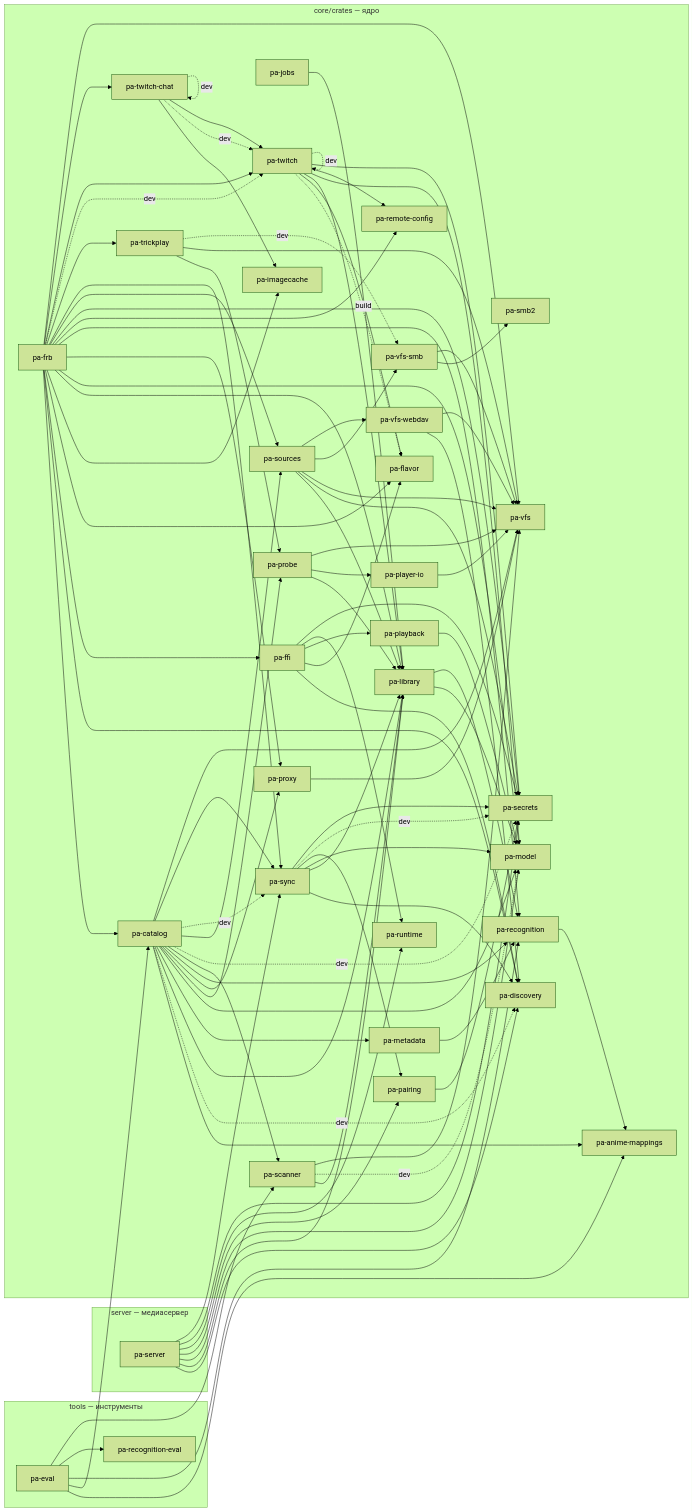
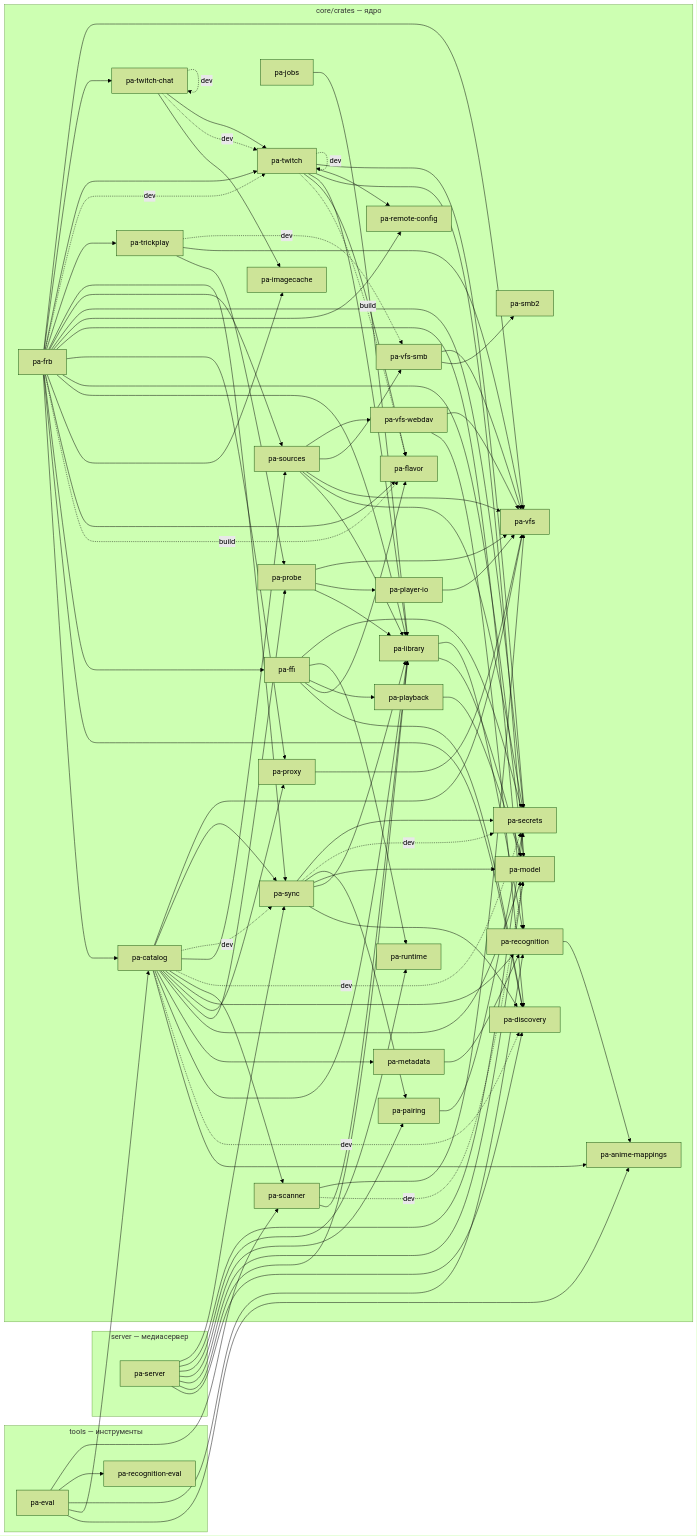
One commit to DenisHumen/kinolune changed the diagram in docs/dev/crate-graph.md. Above: the diagram before and after it, drawn with Mermaid (forest theme). The commit also changed 2 other files, not shown here.

Commit message:
Merge main; assign ADR numbers

```diff
--- a/docs/dev/crate-graph.md
+++ b/docs/dev/crate-graph.md
@@ -77,6 +77,7 @@
   pa_frb --> pa_catalog
   pa_frb --> pa_discovery
   pa_frb --> pa_ffi
+  pa_frb -. build .-> pa_flavor
   pa_frb --> pa_flavor
   pa_frb --> pa_imagecache
   pa_frb --> pa_library
```
